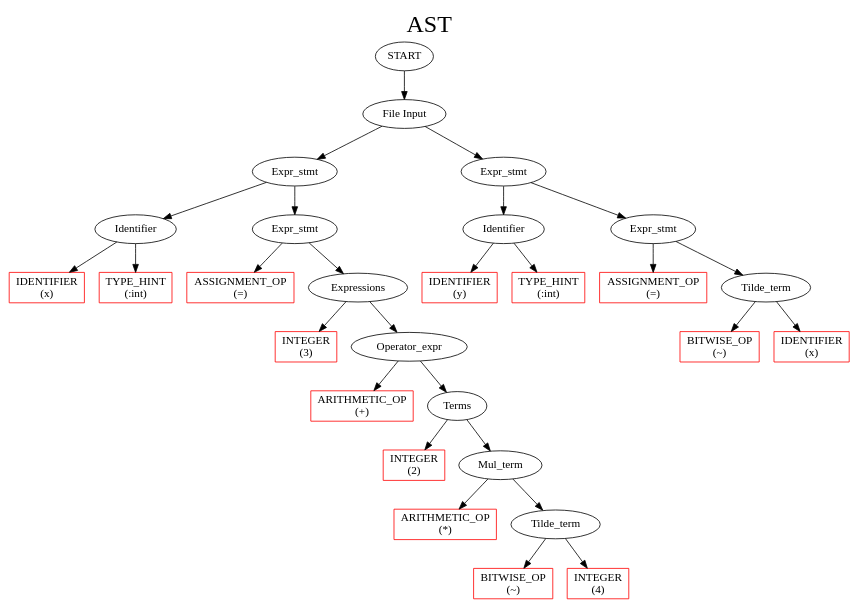
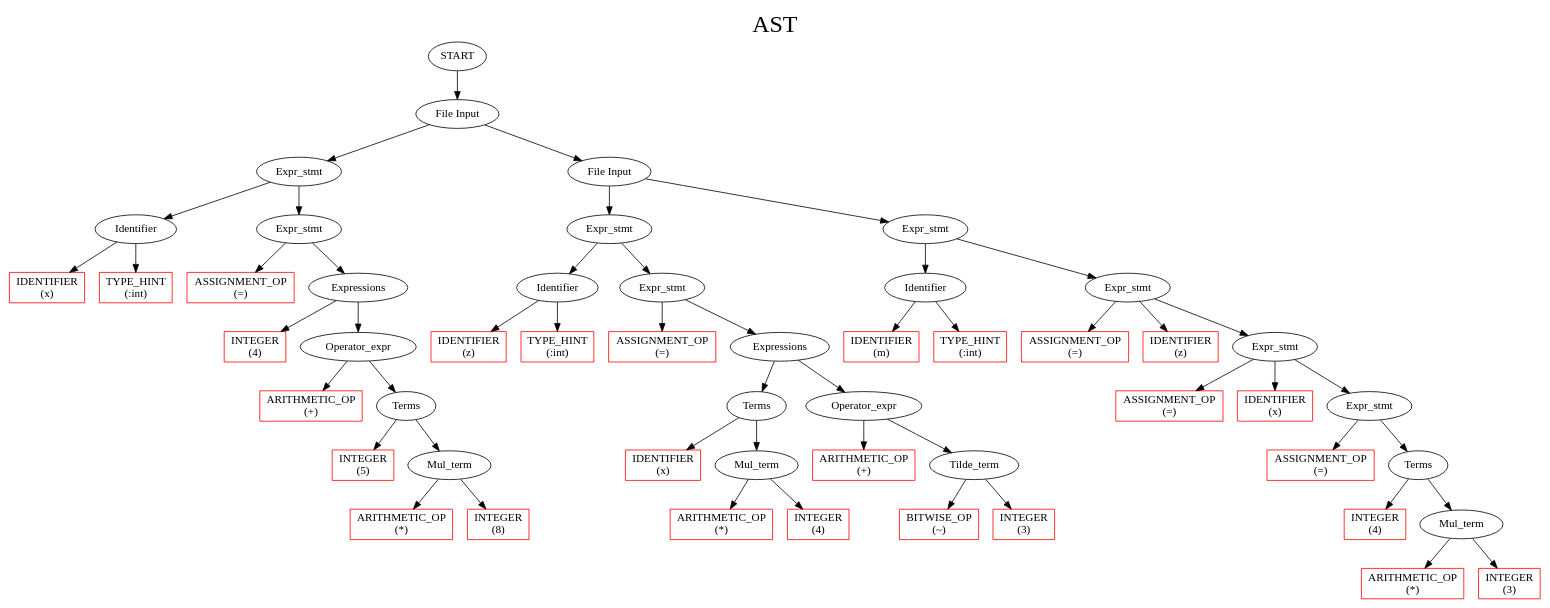
Before and after one commit to depanshu357/CS335-Compiler: the diagram in output.dot, drawn with Graphviz. The commit also changed 4 other files, not shown here.

```diff
--- a/output.dot
+++ b/output.dot
@@ -1,78 +1,139 @@
 digraph G{
 
 label     = "AST"
 fontname  = "Cascadia code"
 fontsize  = 30
 labelloc  = t
 
 node   [ fontname="Cascadia code" ]
-	72		[ style = solid label = "START"  ];
-	72 -> 71
-	71		[ style = solid label = "File Input"  ];
-	71 -> 38
-	38		[ style = solid label = "Expr_stmt"  ];
-	38 -> 2
+	140		[ style = solid label = "START"  ];
+	140 -> 139
+	139		[ style = solid label = "File Input"  ];
+	139 -> 36
+	36		[ style = solid label = "Expr_stmt"  ];
+	36 -> 2
 	2		[ style = solid label = "Identifier"  ];
 	2 -> 0
 	0		[ style = solid label = "IDENTIFIER 
 (x)" color = red shape = rectangle ];
 	2 -> 1
 	1		[ style = solid label = "TYPE_HINT 
 (:int)" color = red shape = rectangle ];
-	38 -> 37
-	37		[ style = solid label = "Expr_stmt"  ];
-	37 -> 3
+	36 -> 35
+	35		[ style = solid label = "Expr_stmt"  ];
+	35 -> 3
 	3		[ style = solid label = "ASSIGNMENT_OP 
 (=)" color = red shape = rectangle ];
-	37 -> 29
-	29		[ style = solid label = "Expressions"  ];
-	29 -> 14
+	35 -> 27
+	27		[ style = solid label = "Expressions"  ];
+	27 -> 14
 	14		[ style = solid label = "INTEGER 
-(3)" color = red shape = rectangle ];
-	29 -> 28
-	28		[ style = solid label = "Operator_expr"  ];
-	28 -> 15
+(4)" color = red shape = rectangle ];
+	27 -> 26
+	26		[ style = solid label = "Operator_expr"  ];
+	26 -> 15
 	15		[ style = solid label = "ARITHMETIC_OP 
 (+)" color = red shape = rectangle ];
-	28 -> 27
-	27		[ style = solid label = "Terms"  ];
-	27 -> 18
+	26 -> 25
+	25		[ style = solid label = "Terms"  ];
+	25 -> 18
 	18		[ style = solid label = "INTEGER 
-(2)" color = red shape = rectangle ];
-	27 -> 25
-	25		[ style = solid label = "Mul_term"  ];
-	25 -> 19
+(5)" color = red shape = rectangle ];
+	25 -> 23
+	23		[ style = solid label = "Mul_term"  ];
+	23 -> 19
 	19		[ style = solid label = "ARITHMETIC_OP 
 (*)" color = red shape = rectangle ];
-	25 -> 24
-	24		[ style = solid label = "Tilde_term"  ];
-	24 -> 21
-	21		[ style = solid label = "BITWISE_OP 
+	23 -> 21
+	21		[ style = solid label = "INTEGER 
+(8)" color = red shape = rectangle ];
+	139 -> 138
+	138		[ style = solid label = "File Input"  ];
+	138 -> 76
+	76		[ style = solid label = "Expr_stmt"  ];
+	76 -> 40
+	40		[ style = solid label = "Identifier"  ];
+	40 -> 38
+	38		[ style = solid label = "IDENTIFIER 
+(z)" color = red shape = rectangle ];
+	40 -> 39
+	39		[ style = solid label = "TYPE_HINT 
+(:int)" color = red shape = rectangle ];
+	76 -> 75
+	75		[ style = solid label = "Expr_stmt"  ];
+	75 -> 41
+	41		[ style = solid label = "ASSIGNMENT_OP 
+(=)" color = red shape = rectangle ];
+	75 -> 67
+	67		[ style = solid label = "Expressions"  ];
+	67 -> 60
+	60		[ style = solid label = "Terms"  ];
+	60 -> 52
+	52		[ style = solid label = "IDENTIFIER 
+(x)" color = red shape = rectangle ];
+	60 -> 58
+	58		[ style = solid label = "Mul_term"  ];
+	58 -> 53
+	53		[ style = solid label = "ARITHMETIC_OP 
+(*)" color = red shape = rectangle ];
+	58 -> 55
+	55		[ style = solid label = "INTEGER 
+(4)" color = red shape = rectangle ];
+	67 -> 66
+	66		[ style = solid label = "Operator_expr"  ];
+	66 -> 56
+	56		[ style = solid label = "ARITHMETIC_OP 
+(+)" color = red shape = rectangle ];
+	66 -> 64
+	64		[ style = solid label = "Tilde_term"  ];
+	64 -> 61
+	61		[ style = solid label = "BITWISE_OP 
 (~)" color = red shape = rectangle ];
-	24 -> 22
-	22		[ style = solid label = "INTEGER 
+	64 -> 62
+	62		[ style = solid label = "INTEGER 
+(3)" color = red shape = rectangle ];
+	138 -> 135
+	135		[ style = solid label = "Expr_stmt"  ];
+	135 -> 80
+	80		[ style = solid label = "Identifier"  ];
+	80 -> 78
+	78		[ style = solid label = "IDENTIFIER 
+(m)" color = red shape = rectangle ];
+	80 -> 79
+	79		[ style = solid label = "TYPE_HINT 
+(:int)" color = red shape = rectangle ];
+	135 -> 134
+	134		[ style = solid label = "Expr_stmt"  ];
+	134 -> 81
+	81		[ style = solid label = "ASSIGNMENT_OP 
+(=)" color = red shape = rectangle ];
+	134 -> 92
+	92		[ style = solid label = "IDENTIFIER 
+(z)" color = red shape = rectangle ];
+	134 -> 133
+	133		[ style = solid label = "Expr_stmt"  ];
+	133 -> 93
+	93		[ style = solid label = "ASSIGNMENT_OP 
+(=)" color = red shape = rectangle ];
+	133 -> 104
+	104		[ style = solid label = "IDENTIFIER 
+(x)" color = red shape = rectangle ];
+	133 -> 132
+	132		[ style = solid label = "Expr_stmt"  ];
+	132 -> 105
+	105		[ style = solid label = "ASSIGNMENT_OP 
+(=)" color = red shape = rectangle ];
+	132 -> 123
+	123		[ style = solid label = "Terms"  ];
+	123 -> 116
+	116		[ style = solid label = "INTEGER 
 (4)" color = red shape = rectangle ];
-	71 -> 68
-	68		[ style = solid label = "Expr_stmt"  ];
-	68 -> 42
-	42		[ style = solid label = "Identifier"  ];
-	42 -> 40
-	40		[ style = solid label = "IDENTIFIER 
-(y)" color = red shape = rectangle ];
-	42 -> 41
-	41		[ style = solid label = "TYPE_HINT 
-(:int)" color = red shape = rectangle ];
-	68 -> 67
-	67		[ style = solid label = "Expr_stmt"  ];
-	67 -> 43
-	43		[ style = solid label = "ASSIGNMENT_OP 
-(=)" color = red shape = rectangle ];
-	67 -> 57
-	57		[ style = solid label = "Tilde_term"  ];
-	57 -> 54
-	54		[ style = solid label = "BITWISE_OP 
-(~)" color = red shape = rectangle ];
-	57 -> 55
-	55		[ style = solid label = "IDENTIFIER 
-(x)" color = red shape = rectangle ];
+	123 -> 121
+	121		[ style = solid label = "Mul_term"  ];
+	121 -> 117
+	117		[ style = solid label = "ARITHMETIC_OP 
+(*)" color = red shape = rectangle ];
+	121 -> 119
+	119		[ style = solid label = "INTEGER 
+(3)" color = red shape = rectangle ];
 }
```
